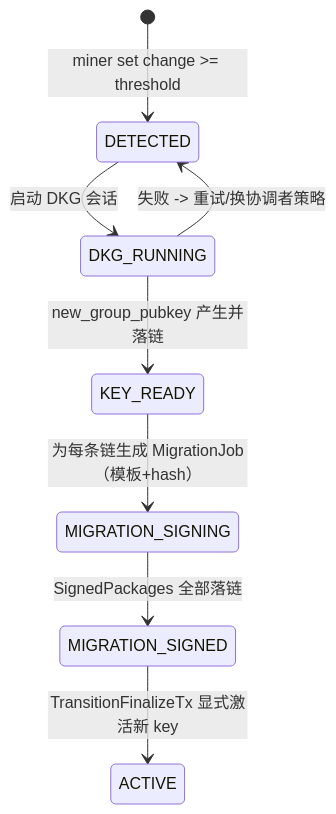
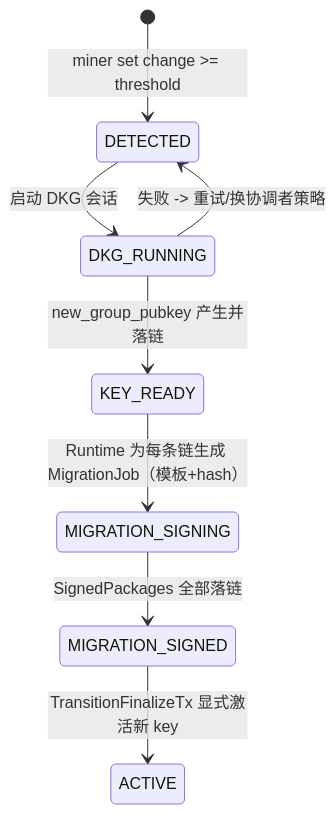
Before and after one commit to davidLeeeeeeeeeeee/dex: the fifth of 6 diagrams in frost/design_v2_job.md, drawn with Mermaid. The commit also changed other lines of this file and 1 other file, not shown here.

````diff
--- a/frost/design_v2_job.md
+++ b/frost/design_v2_job.md
@@ -480,10 +540,10 @@
 ```mermaid
 stateDiagram-v2
   [*] --> DETECTED: miner set change >= threshold
   DETECTED --> DKG_RUNNING: 启动 DKG 会话
   DKG_RUNNING --> KEY_READY: new_group_pubkey 产生并落链
-  KEY_READY --> MIGRATION_SIGNING: 为每条链生成 MigrationJob（模板+hash）
+  KEY_READY --> MIGRATION_SIGNING: Runtime 为每条链生成 MigrationJob（模板+hash）
   MIGRATION_SIGNING --> MIGRATION_SIGNED: SignedPackages 全部落链
   MIGRATION_SIGNED --> ACTIVE: TransitionFinalizeTx 显式激活新 key
   DKG_RUNNING --> DETECTED: 失败 -> 重试/换协调者策略
 ```
````
